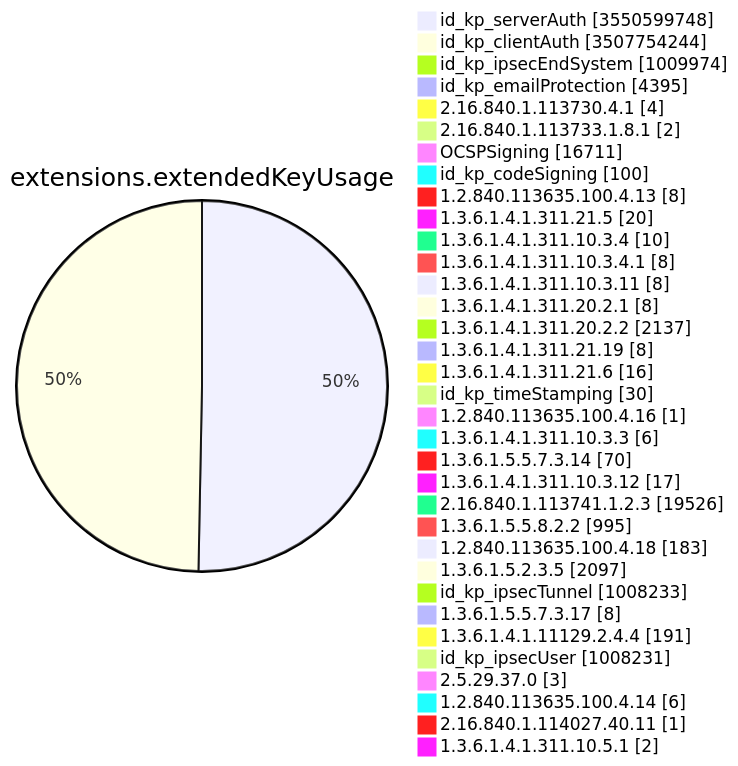
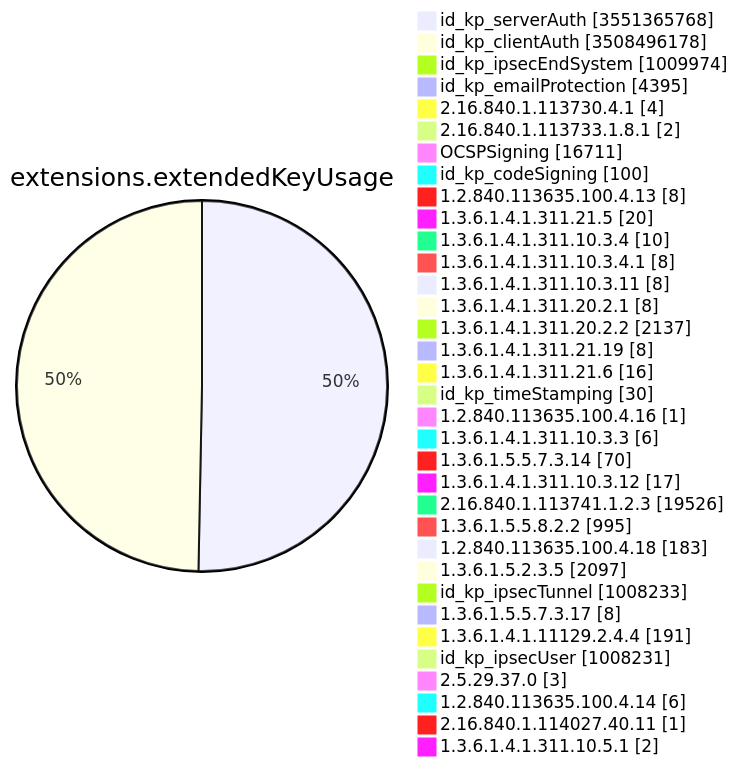
One commit to christiankrug/ctmonitor_visualization changed diagram 11 of 15 in TOTAL/README.md. Above: the diagram before and after it, drawn with Mermaid. The commit also changed other lines of this file, not shown here.

````diff
--- a/TOTAL/README.md
+++ b/TOTAL/README.md
@@ -4127,38 +4127,38 @@
 ```mermaid
 pie showData
 title extensions.extendedKeyUsage
-"id_kp_serverAuth" :3550599748
-"id_kp_clientAuth" :3507754244
+"id_kp_serverAuth" :3551365768
+"id_kp_clientAuth" :3508496178
 "id_kp_ipsecEndSystem" :1009974
 "id_kp_emailProtection" :4395
 "2.16.840.1.113730.4.1" :4
 "2.16.840.1.113733.1.8.1" :2
 "OCSPSigning" :16711
 "id_kp_codeSigning" :100
 "1.2.840.113635.100.4.13" :8
 "1.3.6.1.4.1.311.21.5" :20
 "1.3.6.1.4.1.311.10.3.4" :10
 "1.3.6.1.4.1.311.10.3.4.1" :8
 "1.3.6.1.4.1.311.10.3.11" :8
 "1.3.6.1.4.1.311.20.2.1" :8
 "1.3.6.1.4.1.311.20.2.2" :2137
 "1.3.6.1.4.1.311.21.19" :8
 "1.3.6.1.4.1.311.21.6" :16
 "id_kp_timeStamping" :30
 "1.2.840.113635.100.4.16" :1
 "1.3.6.1.4.1.311.10.3.3" :6
 "1.3.6.1.5.5.7.3.14" :70
 "1.3.6.1.4.1.311.10.3.12" :17
 "2.16.840.1.113741.1.2.3" :19526
 "1.3.6.1.5.5.8.2.2" :995
 "1.2.840.113635.100.4.18" :183
 "1.3.6.1.5.2.3.5" :2097
 "id_kp_ipsecTunnel" :1008233
 "1.3.6.1.5.5.7.3.17" :8
 "1.3.6.1.4.1.11129.2.4.4" :191
 "id_kp_ipsecUser" :1008231
 "2.5.29.37.0" :3
 "1.2.840.113635.100.4.14" :6
 "2.16.840.1.114027.40.11" :1
 "1.3.6.1.4.1.311.10.5.1" :2
 ```
````
